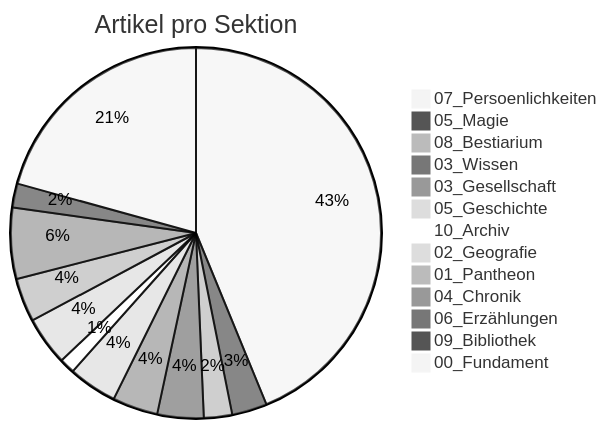
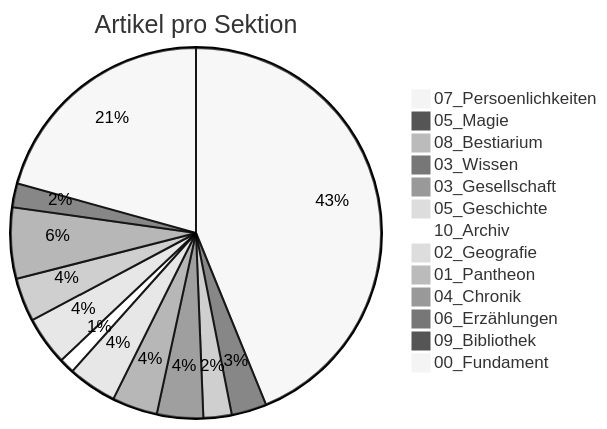
Before and after one commit to Siebenwind/7w_wiki: the diagram in Siebenwind_Wiki/10_Archiv/Wiki_Statistiken.md, drawn with Mermaid (neutral theme). The commit also changed other lines of this file and 237 other files, not shown here.

````diff
--- a/Siebenwind_Wiki/10_Archiv/Wiki_Statistiken.md
+++ b/Siebenwind_Wiki/10_Archiv/Wiki_Statistiken.md
@@ -40,16 +40,16 @@
 ```mermaid
 pie title Artikel pro Sektion
-    "07_Persoenlichkeiten" : 586
+    "07_Persoenlichkeiten" : 587
     "05_Magie" : 41
     "08_Bestiarium" : 33
     "03_Wissen" : 54
     "03_Gesellschaft" : 53
     "05_Geschichte" : 57
     "10_Archiv" : 18
     "02_Geografie" : 57
     "01_Pantheon" : 51
     "04_Chronik" : 83
     "06_Erzählungen" : 12
     "09_Bibliothek" : 28
     "00_Fundament" : 277
 ```
````
